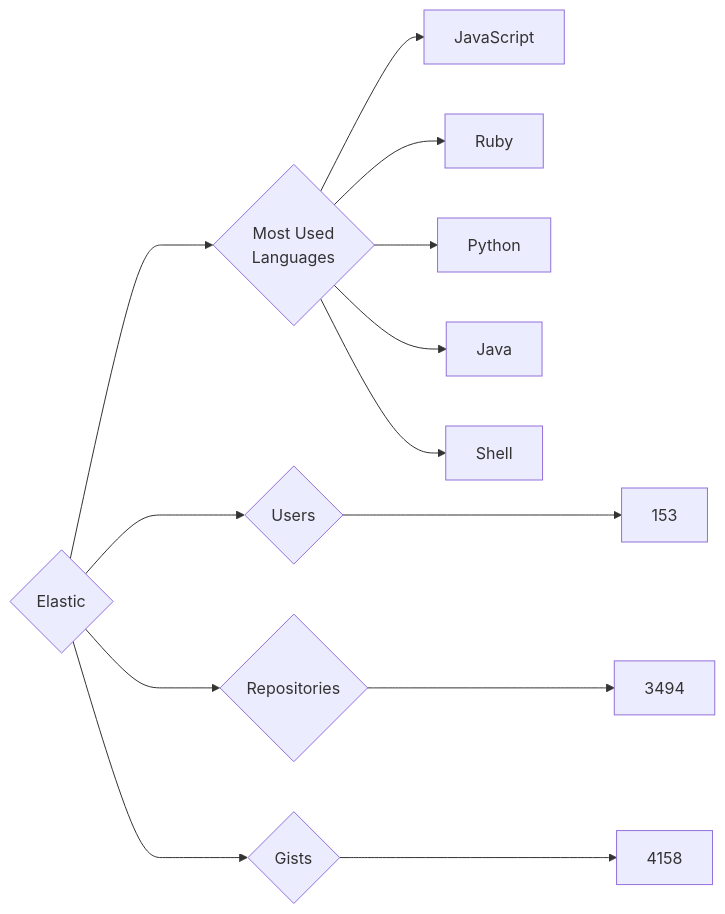
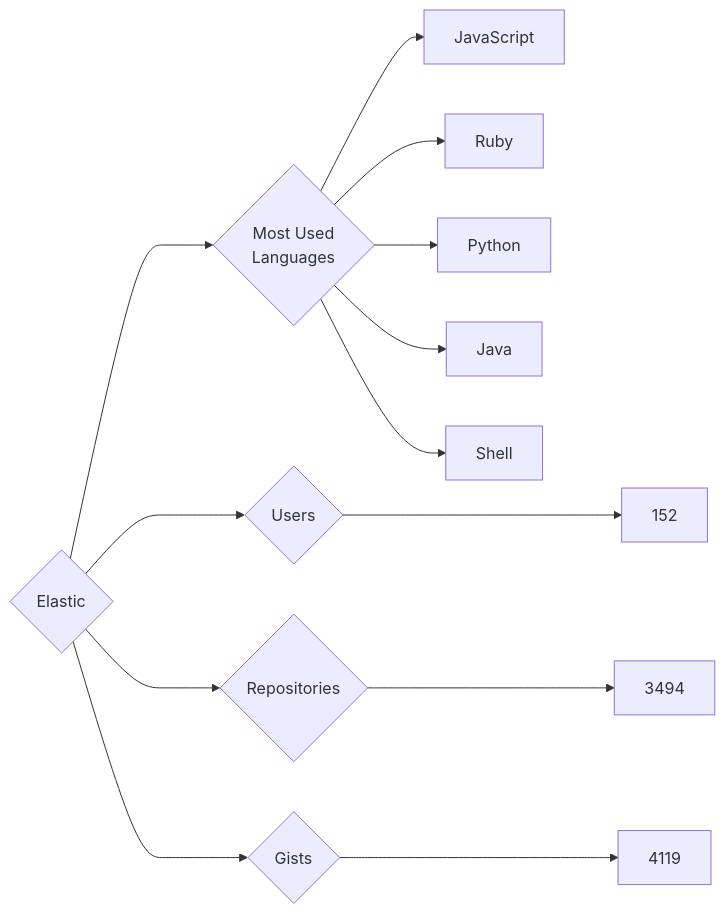
One commit to trickest/insiders changed the diagram in targets/Elastic/README.md. Above: the diagram before and after it, drawn with Mermaid. The commit also changed 882 other files, not shown here.

````diff
--- a/targets/Elastic/README.md
+++ b/targets/Elastic/README.md
@@ -3,13 +3,13 @@
 ```mermaid
 graph LR
 COMPANY_NAME{Elastic}
-COMPANY_NAME ---> U{Users} ---> UN[153]
+COMPANY_NAME ---> U{Users} ---> UN[152]
 COMPANY_NAME ---> R{Repositories} ---> RN[3494]
-COMPANY_NAME ---> G{Gists} ---> GN[4158]
+COMPANY_NAME ---> G{Gists} ---> GN[4119]
 COMPANY_NAME ---> ML{Most Used<br>Languages}
 ML --> JavaScript[JavaScript]
 ML --> Ruby[Ruby]
 ML --> Python[Python]
 ML --> Java[Java]
 ML --> Shell[Shell]
 ```
````
